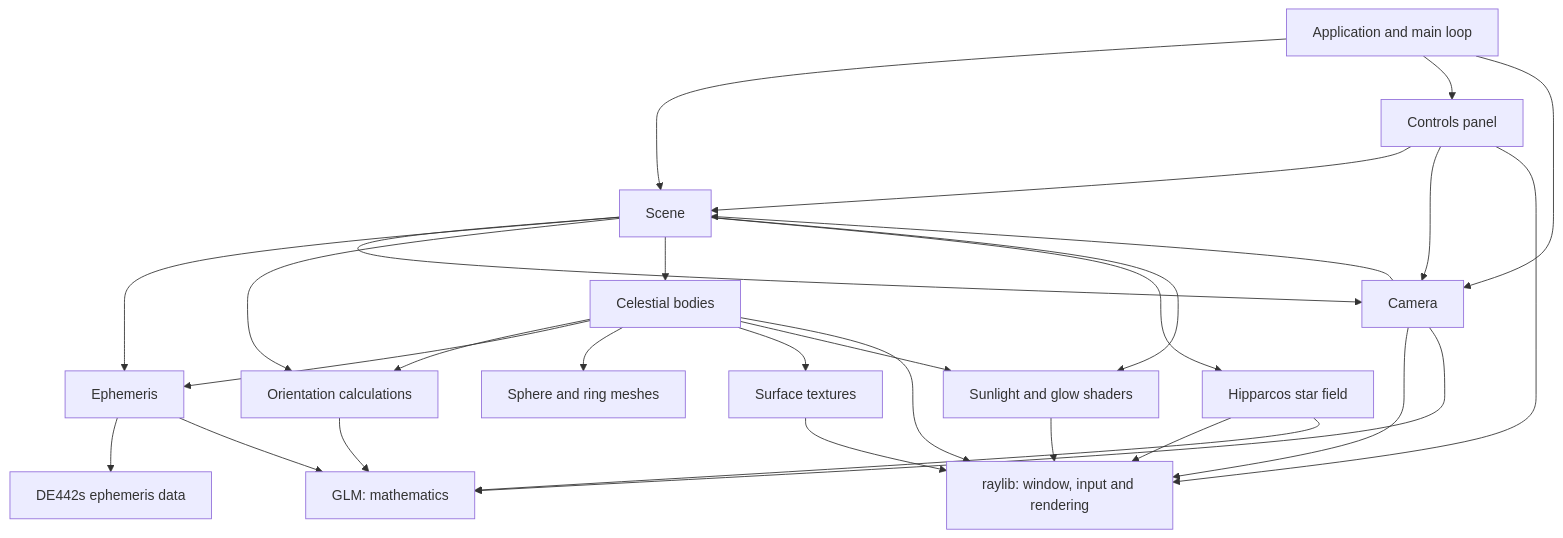
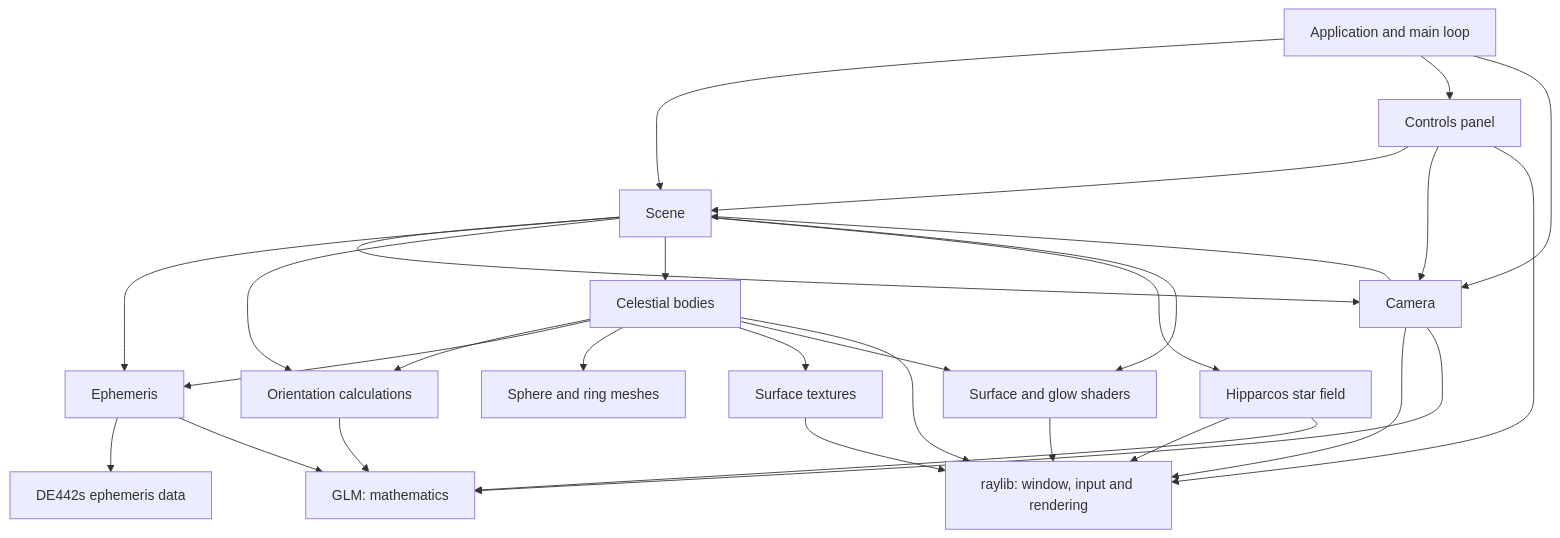
The diagram in README.md (jrsteele09/solar-system), drawn with Mermaid before and after one commit. The commit also changed other lines of this file and 39 other files, not shown here.

````diff
--- a/README.md
+++ b/README.md
@@ -58,31 +74,31 @@
 ```mermaid
 flowchart TD
     App[Application and main loop] --> Scene
     App --> Controls[Controls panel]
     App --> Camera
     Controls --> Scene
     Controls --> Camera
     Camera --> Scene
     Scene --> Camera
     Scene --> Ephemeris
     Scene --> Astronomy
     Scene --> Bodies[Celestial bodies]
     Scene --> Stars[Hipparcos star field]
-    Scene --> Shaders[Sunlight and glow shaders]
+    Scene --> Shaders[Surface and glow shaders]
     Bodies --> Astronomy[Orientation calculations]
     Bodies --> Ephemeris
     Ephemeris --> Data[DE442s ephemeris data]
     Bodies --> Meshes[Sphere and ring meshes]
     Bodies --> Textures[Surface textures]
-    Bodies --> Shaders[Sunlight and glow shaders]
+    Bodies --> Shaders[Surface and glow shaders]
     Bodies --> Raylib
     Stars --> Raylib
     Camera --> Raylib[raylib: window, input and rendering]
     Controls --> Raylib
     Textures --> Raylib
     Shaders --> Raylib
     Ephemeris --> GLM[GLM: mathematics]
     Astronomy --> GLM[GLM: mathematics]
     Camera --> GLM
     Stars --> GLM
 ```
````
